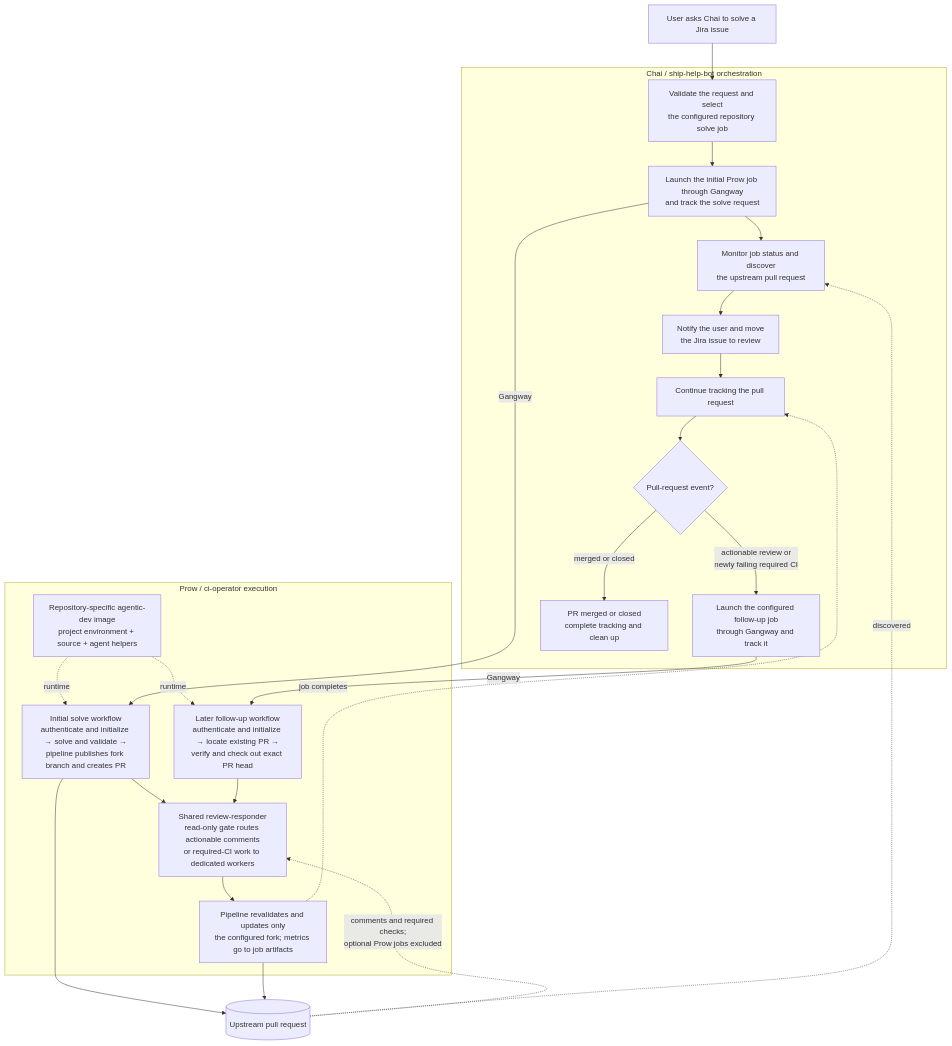
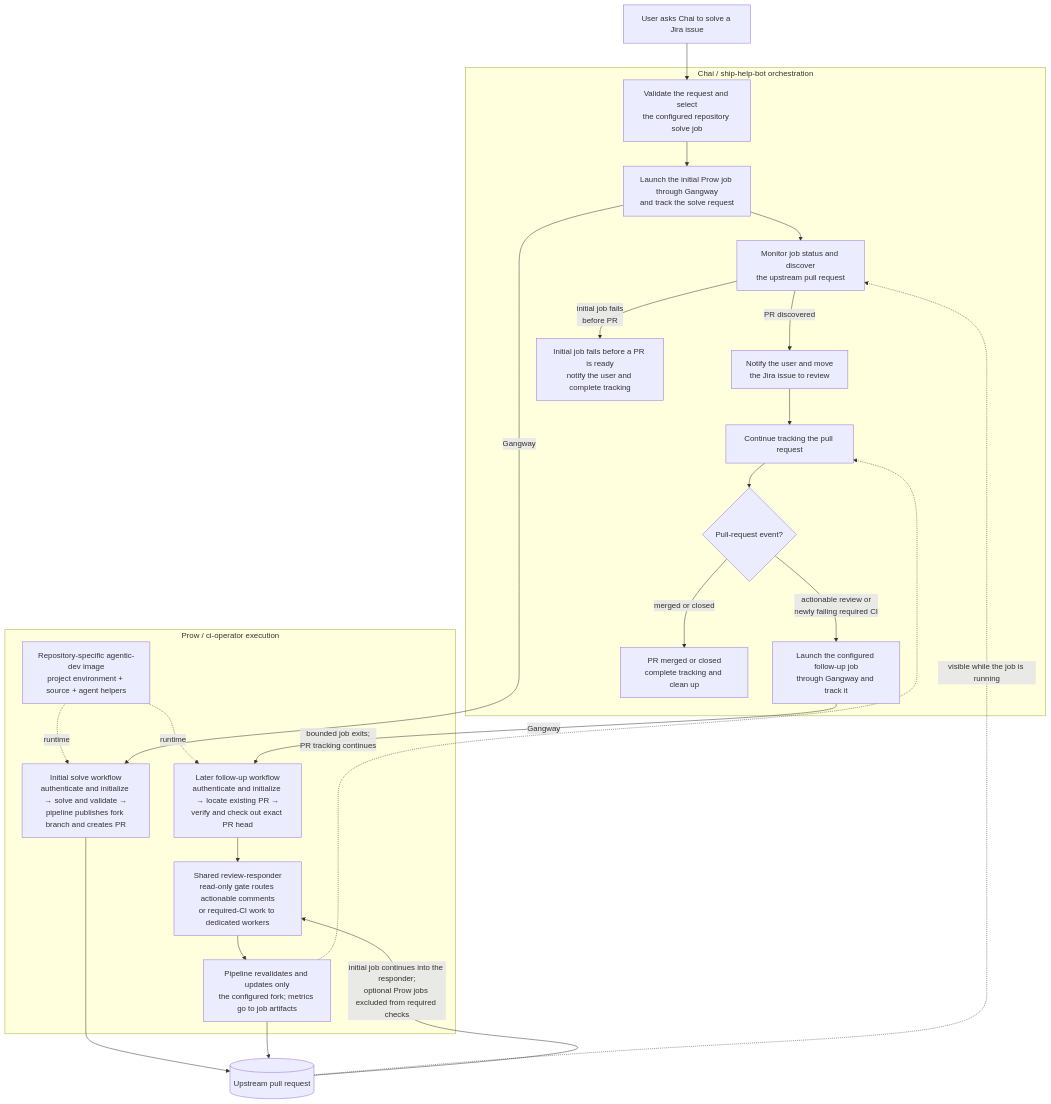
The diagram in ci-operator/step-registry/openshift/agentic/trt/ARCHITECTURE.md (openshift/release), drawn with Mermaid before and after one commit. The commit also changed other lines of this file, not shown here.

Commit message:
NO-JIRA: clarify Chai tracking outcomes

````diff
--- a/ci-operator/step-registry/openshift/agentic/trt/ARCHITECTURE.md
+++ b/ci-operator/step-registry/openshift/agentic/trt/ARCHITECTURE.md
@@ -11,44 +11,46 @@
 ```mermaid
 flowchart TD
     U["User asks Chai to solve a Jira issue"]
 
     subgraph Chai["Chai / ship-help-bot orchestration"]
         A["Validate the request and select<br/>the configured repository solve job"]
         B["Launch the initial Prow job through Gangway<br/>and track the solve request"]
         T["Monitor job status and discover<br/>the upstream pull request"]
         N["Notify the user and move<br/>the Jira issue to review"]
         W["Continue tracking the pull request"]
         Q{"Pull-request event?"}
         F["Launch the configured follow-up job<br/>through Gangway and track it"]
+        X["Initial job fails before a PR is ready<br/>notify the user and complete tracking"]
         Z["PR merged or closed<br/>complete tracking and clean up"]
 
-        A --> B --> T --> N --> W --> Q
+        A --> B --> T
+        T -->|"PR discovered"| N --> W --> Q
+        T -->|"initial job fails<br/>before PR"| X
         Q -->|"merged or closed"| Z
         Q -->|"actionable review or<br/>newly failing required CI"| F
     end
 
     subgraph Prow["Prow / ci-operator execution"]
         IMG["Repository-specific agentic-dev image<br/>project environment + source + agent helpers"]
         I["Initial solve workflow<br/>authenticate and initialize → solve and validate →<br/>pipeline publishes fork branch and creates PR"]
         L["Later follow-up workflow<br/>authenticate and initialize → locate existing PR →<br/>verify and check out exact PR head"]
         G["Shared review-responder<br/>read-only gate routes actionable comments<br/>or required-CI work to dedicated workers"]
         P["Pipeline revalidates and updates only<br/>the configured fork; metrics go to job artifacts"]
 
         IMG -.->|"runtime"| I
         IMG -.->|"runtime"| L
-        I --> G
         L --> G
         G --> P
     end
 
     PR[("Upstream pull request")]
 
     U --> A
     B -->|"Gangway"| I
     I --> PR
-    PR -.->|"discovered"| T
+    PR -.->|"visible while the job is running"| T
     F -->|"Gangway"| L
     P --> PR
-    PR -.->|"comments and required checks;<br/>optional Prow jobs excluded"| G
-    P -.->|"job completes"| W
+    PR -->|"initial job continues into the responder;<br/>optional Prow jobs excluded from required checks"| G
+    P -.->|"bounded job exits;<br/>PR tracking continues"| W
 ```
````
